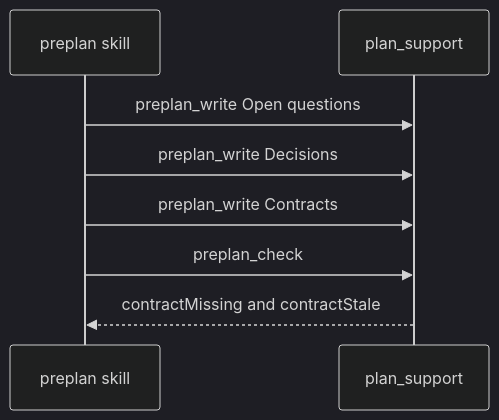
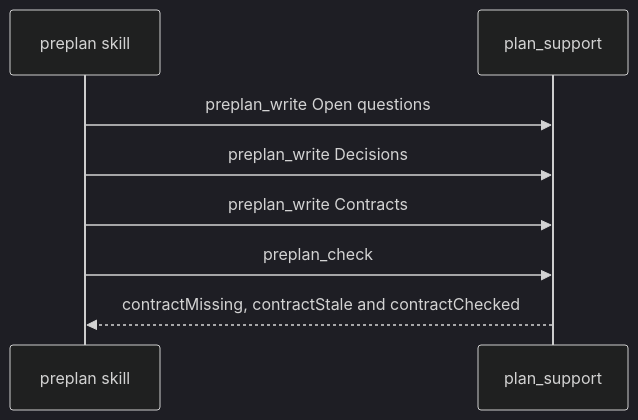
One commit to rnagrodzki/sdlc-plugin changed the diagram in openspec/changes/preplan-contracts-section/specs/skill-preplan/spec.md. Above: the diagram before and after it, drawn with Mermaid (dark theme). The commit also changed other lines of this file and 20 other files, not shown here.

````diff
--- a/openspec/changes/preplan-contracts-section/specs/skill-preplan/spec.md
+++ b/openspec/changes/preplan-contracts-section/specs/skill-preplan/spec.md
@@ -84,10 +88,10 @@
 ```mermaid
 sequenceDiagram
   participant S as preplan skill
   participant T as plan_support
   S->>T: preplan_write Open questions
   S->>T: preplan_write Decisions
   S->>T: preplan_write Contracts
   S->>T: preplan_check
-  T-->>S: contractMissing and contractStale
+  T-->>S: contractMissing, contractStale and contractChecked
 ```
````
